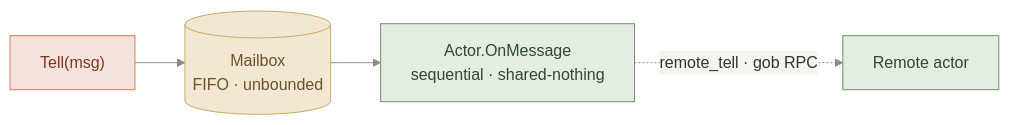
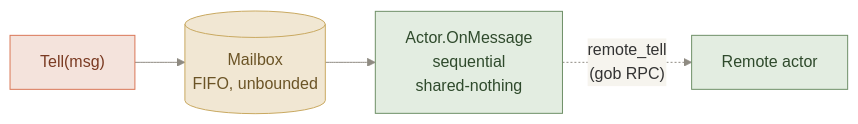
One commit to ErwinZhou/CMU-15640-25Fall changed the sixth of 6 diagrams in README.md. Above: the diagram before and after it, drawn with Mermaid. The commit also changed other lines of this file, not shown here.

First line of the commit message:
Refine architecture diagrams: fix label clipping and layouts

````diff
--- a/README.md
+++ b/README.md
@@ -239,13 +237,15 @@
 ```mermaid
-%%{init: {"theme":"base","themeVariables":{"clusterBkg":"#f6f4ee","clusterBorder":"#dcd6c8","lineColor":"#8f8b82","edgeLabelBackground":"#f6f4ee","fontFamily":"ui-sans-serif, system-ui, sans-serif"}}}%%
+%%{init: {"theme":"base","themeVariables":{"clusterBkg":"#f6f4ee","clusterBorder":"#dcd6c8","lineColor":"#8f8b82","edgeLabelBackground":"#f6f4ee"}}}%%
 flowchart LR
-    T["Tell(msg)"] --> MB[("Mailbox<br/>FIFO · unbounded")]
-    MB --> ACT["Actor.OnMessage<br/>sequential · shared-nothing"]
-    ACT -.->|"remote_tell · gob RPC"| REM["Remote actor"]
+    T["Tell(msg)"] --> MB[("Mailbox<br/>FIFO, unbounded")]
+    MB --> ACT["Actor.OnMessage<br/>sequential<br/>shared-nothing"]
+    ACT -.->|"remote_tell<br/>(gob RPC)"| REM["Remote actor"]
     class T client
     class MB store
     class ACT,REM data
     classDef client fill:#f4e3dc,stroke:#d97757,color:#7a3a22;
+    classDef control fill:#dde5ee,stroke:#5b7290,color:#2b3a4d;
     classDef data fill:#e3ede1,stroke:#6f9068,color:#2f4a2c;
     classDef store fill:#f1e7d3,stroke:#c9a961,color:#6b5426;
+    classDef ink fill:#ededec,stroke:#57534e,color:#292524;
 ```
````
